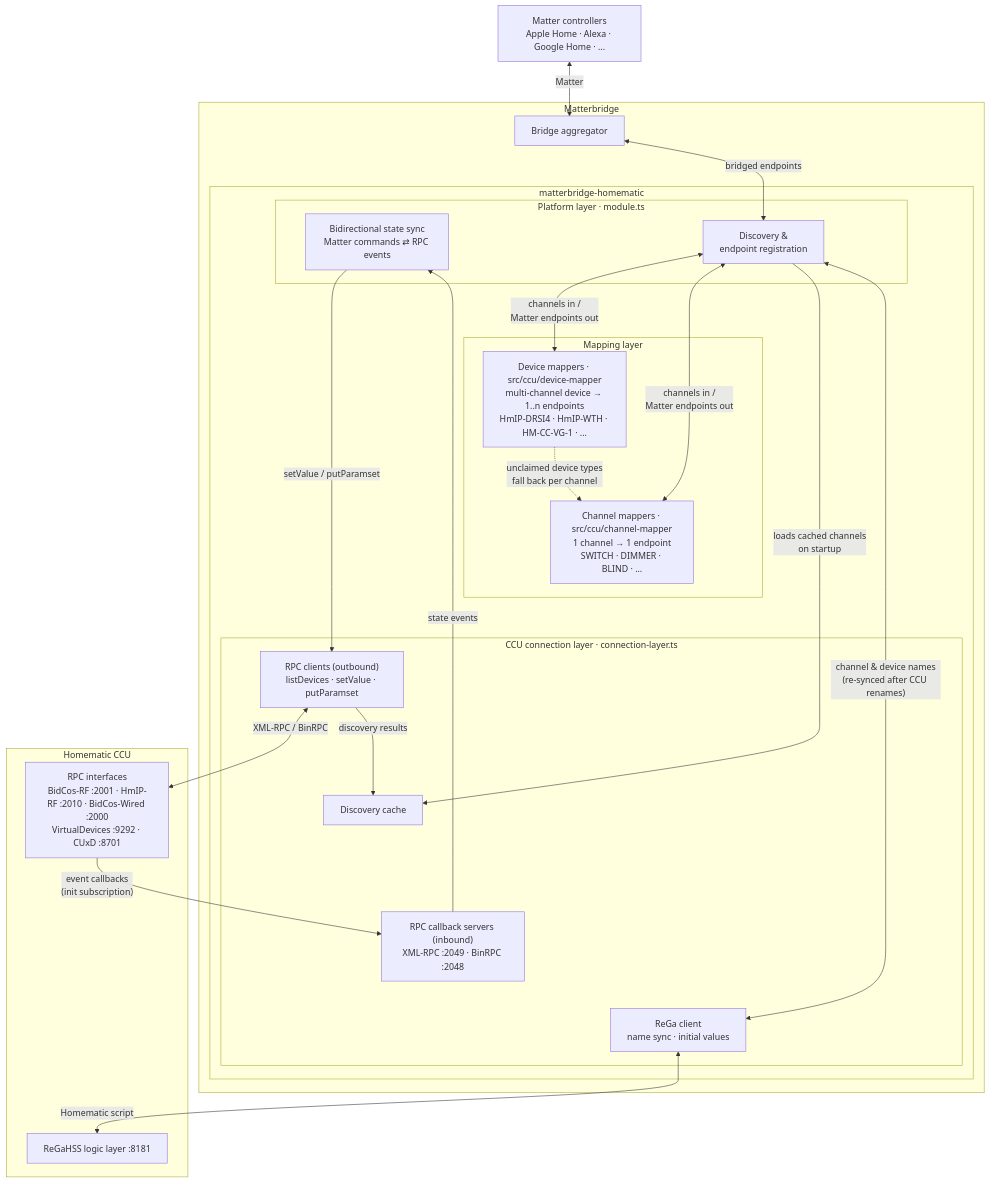
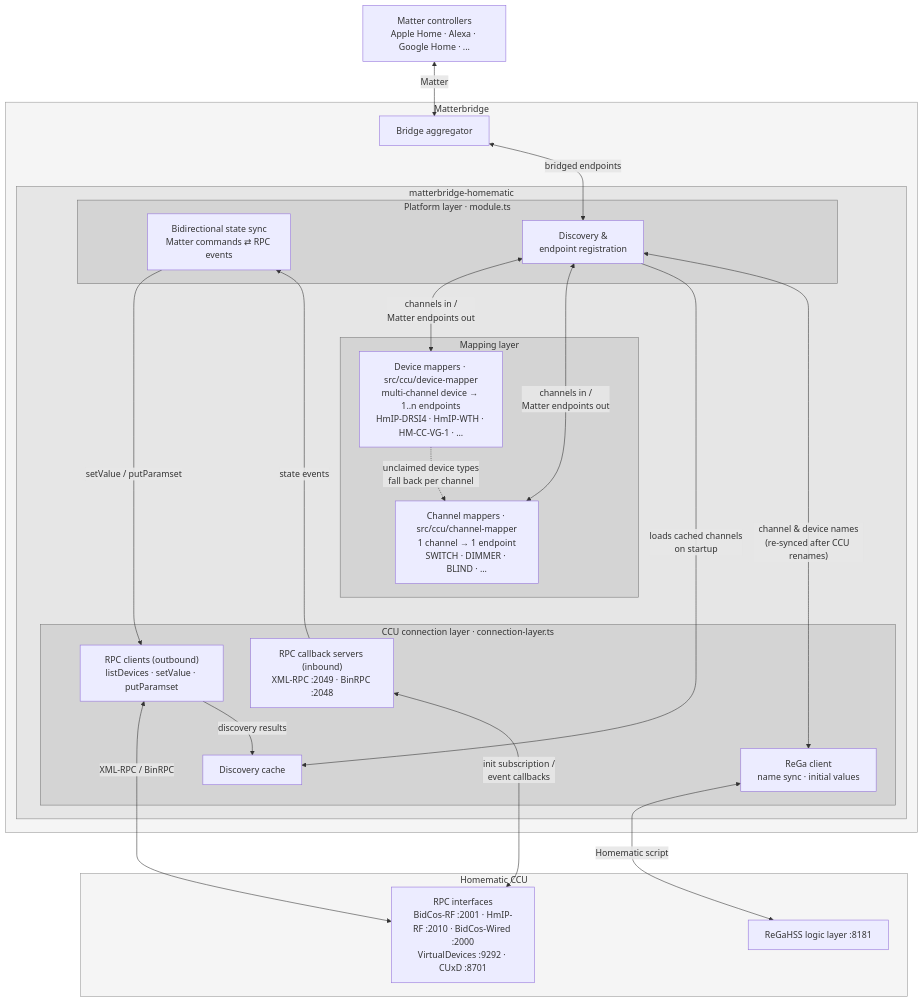
The diagram in README.md (hobbyquaker/matterbridge-homematic), drawn with Mermaid before and after one commit.

Commit message:
docs(readme): place CCU below plugin and add greyscale diagram fills

````diff
--- a/README.md
+++ b/README.md
@@ -151,49 +151,59 @@
 ```mermaid
 flowchart TB
     CTRL["Matter controllers<br/>Apple Home · Alexa · Google Home · ..."]
 
     subgraph MB["Matterbridge"]
         AGG["Bridge aggregator"]
 
         subgraph PLUGIN["matterbridge-homematic"]
             subgraph PLATFORM["Platform layer · module.ts"]
                 REG["Discovery &<br/>endpoint registration"]
                 SYNC["Bidirectional state sync<br/>Matter commands ⇄ RPC events"]
             end
 
             subgraph MAPPING["Mapping layer"]
                 DMR["Device mappers · src/ccu/device-mapper<br/>multi-channel device → 1..n endpoints<br/>HmIP-DRSI4 · HmIP-WTH · HM-CC-VG-1 · ..."]
                 CMR["Channel mappers · src/ccu/channel-mapper<br/>1 channel → 1 endpoint<br/>SWITCH · DIMMER · BLIND · ..."]
             end
 
             subgraph CONN["CCU connection layer · connection-layer.ts"]
                 RPC["RPC clients (outbound)<br/>listDevices · setValue · putParamset"]
                 CBS["RPC callback servers (inbound)<br/>XML-RPC :2049 · BinRPC :2048"]
                 CACHE["Discovery cache"]
                 REGAC["ReGa client<br/>name sync · initial values"]
             end
         end
     end
 
     subgraph CCU["Homematic CCU"]
         IFACES["RPC interfaces<br/>BidCos-RF :2001 · HmIP-RF :2010 · BidCos-Wired :2000<br/>VirtualDevices :9292 · CUxD :8701"]
         REGAHSS["ReGaHSS logic layer :8181"]
     end
 
     CTRL <-->|"Matter"| AGG
     AGG ~~~ SYNC
     AGG <-->|"bridged endpoints"| REG
     SYNC -->|"setValue / putParamset"| RPC
-    RPC <-->|"XML-RPC / BinRPC"| IFACES
-    IFACES -->|"event callbacks<br/>(init subscription)"| CBS
+    SYNC ~~~ CBS
     CBS -->|"state events"| SYNC
     CBS ~~~ REGAC
+    CBS <-->|"init subscription /<br/>event callbacks"| IFACES
+    RPC <-->|"XML-RPC / BinRPC"| IFACES
     REGAC <-->|"Homematic script"| REGAHSS
     REG <-->|"channels in /<br/>Matter endpoints out"| DMR
     DMR -.->|"unclaimed device types<br/>fall back per channel"| CMR
     REG <-->|"channels in /<br/>Matter endpoints out"| CMR
     CMR ~~~ RPC
+    CMR ~~~ CBS
     RPC -->|"discovery results"| CACHE
     REG -->|"loads cached channels<br/>on startup"| CACHE
     REG <-->|"channel & device names<br/>(re-synced after CCU renames)"| REGAC
+    REGAC ~~~ IFACES
+
+    style MB fill:#f5f5f5,stroke:#999999,color:#333333
+    style PLUGIN fill:#e6e6e6,stroke:#888888,color:#333333
+    style PLATFORM fill:#d4d4d4,stroke:#777777,color:#333333
+    style MAPPING fill:#d4d4d4,stroke:#777777,color:#333333
+    style CONN fill:#d4d4d4,stroke:#777777,color:#333333
+    style CCU fill:#f5f5f5,stroke:#999999,color:#333333
 ```
````
